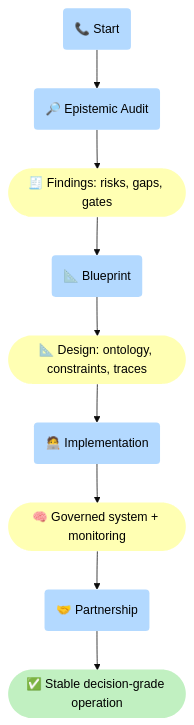
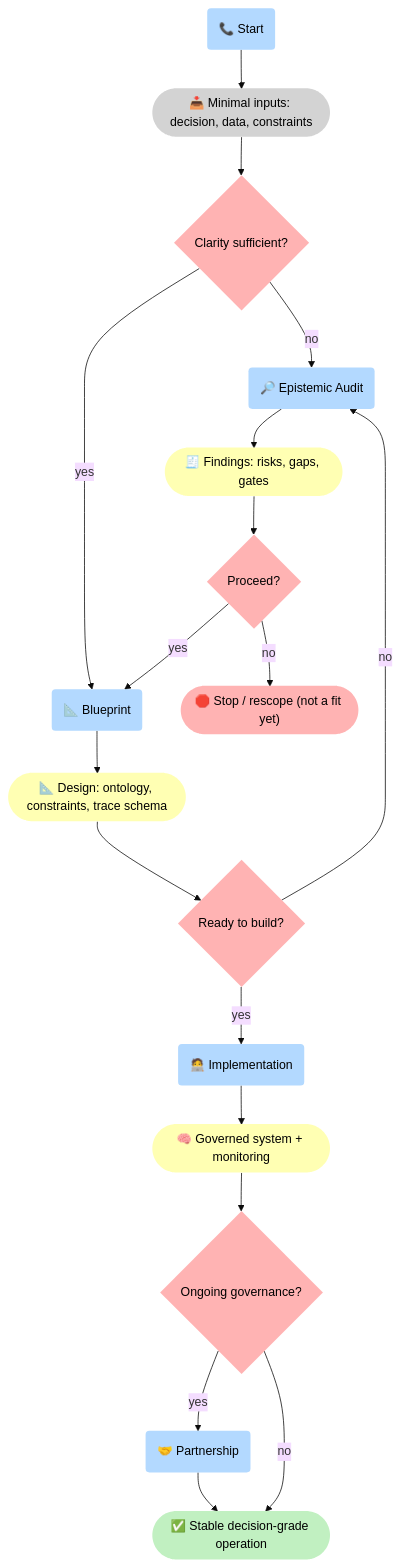
The second of 3 diagrams in docs/services/index.md (5Reasons/5reasons.github.io), drawn with Mermaid (base theme) before and after one commit. The commit also changed other lines of this file and 11 other files, not shown here.

````diff
--- a/docs/services/index.md
+++ b/docs/services/index.md
@@ -137,28 +137,50 @@
 ```mermaid
 flowchart TB
 %% Styles (brModel Standard)
 classDef i fill:#D3D3D3,stroke-width:0px,color:#000;
 classDef p fill:#B3D9FF,stroke-width:0px,color:#000;
 classDef r fill:#FFFFB3,stroke-width:0px,color:#000;
 classDef o fill:#C1F0C1,stroke-width:0px,color:#000;
 classDef s fill:#FFB3B3,stroke-width:0px,color:#000;
 
 P_Start("📞 Start"):::p
+I_Min(["📥 Minimal inputs: decision, data, constraints"]):::i
+G_Enough{"Clarity sufficient?"}:::s
+
 P_Audit("🔎 Epistemic Audit"):::p
 R_Find(["🧾 Findings: risks, gaps, gates"]):::r
+G_GoA{"Proceed?"}:::s
+
 P_Blue("📐 Blueprint"):::p
-R_Design(["📐 Design: ontology, constraints, traces"]):::r
+R_Design(["📐 Design: ontology, constraints, trace schema"]):::r
+G_GoB{"Ready to build?"}:::s
+
 P_Impl("🧑‍💻 Implementation"):::p
 R_Ship(["🧠 Governed system + monitoring"]):::r
+G_Need{"Ongoing governance?"}:::s
+
 P_Part("🤝 Partnership"):::p
 O_Stable(["✅ Stable decision-grade operation"]):::o
+O_Stop(["🛑 Stop / rescope (not a fit yet)"]):::s
 
-P_Start --> P_Audit --> R_Find --> P_Blue --> R_Design --> P_Impl --> R_Ship --> P_Part --> O_Stable
+P_Start --> I_Min --> G_Enough
+G_Enough -->|"no"| P_Audit --> R_Find --> G_GoA
+G_Enough -->|"yes"| P_Blue
+
+G_GoA -->|"no"| O_Stop
+G_GoA -->|"yes"| P_Blue
+
+P_Blue --> R_Design --> G_GoB
+G_GoB -->|"no"| P_Audit
+G_GoB -->|"yes"| P_Impl --> R_Ship --> G_Need
+
+G_Need -->|"yes"| P_Part --> O_Stable
+G_Need -->|"no"| O_Stable
 
 %% Clickable nodes
 click P_Start "/services/start/" "Start"
 click P_Audit "/services/epistemic-audit/" "Epistemic Audit"
 click P_Blue "/services/blueprint/" "Blueprint"
 click P_Impl "/services/implementation/" "Implementation"
 click P_Part "/services/partnership/" "Partnership"
 ```
````
